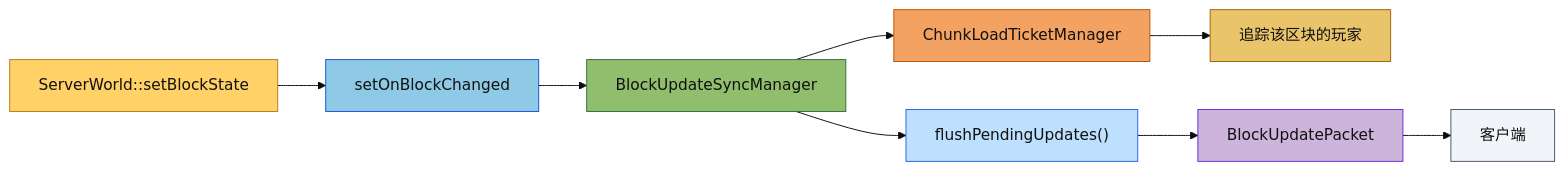
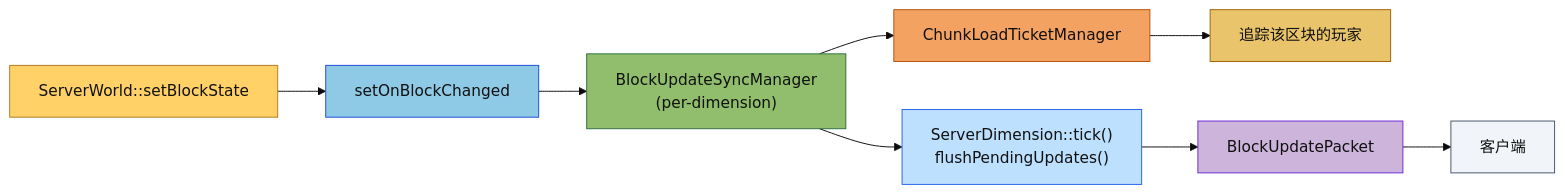
The diagram in src/server/sync/README.md (g122622/Cubium), drawn with Mermaid (base theme) before and after one commit. The commit also changed other lines of this file and 2 other files, not shown here.

````diff
--- a/src/server/sync/README.md
+++ b/src/server/sync/README.md
@@ -528,19 +545,19 @@
 ```mermaid
 flowchart LR
     world["ServerWorld::setBlockState"] --> callback["setOnBlockChanged"]
-    callback --> manager["BlockUpdateSyncManager"]
+    callback --> manager["BlockUpdateSyncManager<br/>(per-dimension)"]
     manager --> ticket["ChunkLoadTicketManager"]
     ticket --> players["追踪该区块的玩家"]
-    manager --> flush["flushPendingUpdates()"]
+    manager --> flush["ServerDimension::tick()<br/>flushPendingUpdates()"]
     flush --> packet["BlockUpdatePacket"]
     packet --> client["客户端"]
 
     style world fill:#ffd166,stroke:#b7791f,color:#111
     style callback fill:#8ecae6,stroke:#1d4ed8,color:#111
     style manager fill:#90be6d,stroke:#2f6f3e,color:#111
     style ticket fill:#f4a261,stroke:#b45309,color:#111
     style players fill:#e9c46a,stroke:#a16207,color:#111
     style flush fill:#bde0fe,stroke:#2563eb,color:#111
     style packet fill:#cdb4db,stroke:#6d28d9,color:#111
     style client fill:#f1f5f9,stroke:#475569,color:#111
 ```
````
